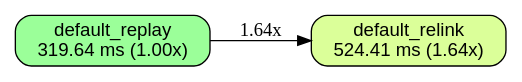
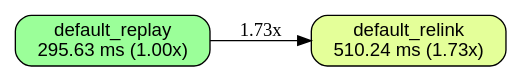
Before and after one commit to orgrinrt/hilavitkutin: the diagram in docs/BENCHES.link-static.dev_n97.linux-x86_64-c4-container-intel.dot, drawn with Graphviz. The commit also changed 29 other files, not shown here.

Commit message:
docs: regenerate the bench charts and add the run logs to the note

```diff
--- a/docs/BENCHES.link-static.dev_n97.linux-x86_64-c4-container-intel.dot
+++ b/docs/BENCHES.link-static.dev_n97.linux-x86_64-c4-container-intel.dot
@@ -1,14 +1,14 @@
 // AUTO-GENERATED: DO NOT EDIT DIRECTLY
 //
 // Generated by: mockspace (mock)
-// Generated at: 2026-11-16T08:49:46Z
+// Generated at: 2026-11-19T23:03:40Z
 // Source: mock/
 // To regenerate: cargo mock
 
 digraph "link-static/dev_n97 on linux-x86_64-c4-container-intel" {
   rankdir=LR;
   node [shape=box, style="rounded,filled", fontname="Helvetica"];
-  v0 [label="default_replay\n319.64 ms (1.00x)", fillcolor="0.330 0.4 1.0"];
-  v1 [label="default_relink\n524.41 ms (1.64x)", fillcolor="0.224 0.4 1.0"];
-  v0 -> v1 [label="1.64x"];
+  v0 [label="default_replay\n295.63 ms (1.00x)", fillcolor="0.330 0.4 1.0"];
+  v1 [label="default_relink\n510.24 ms (1.73x)", fillcolor="0.210 0.4 1.0"];
+  v0 -> v1 [label="1.73x"];
 }
```
